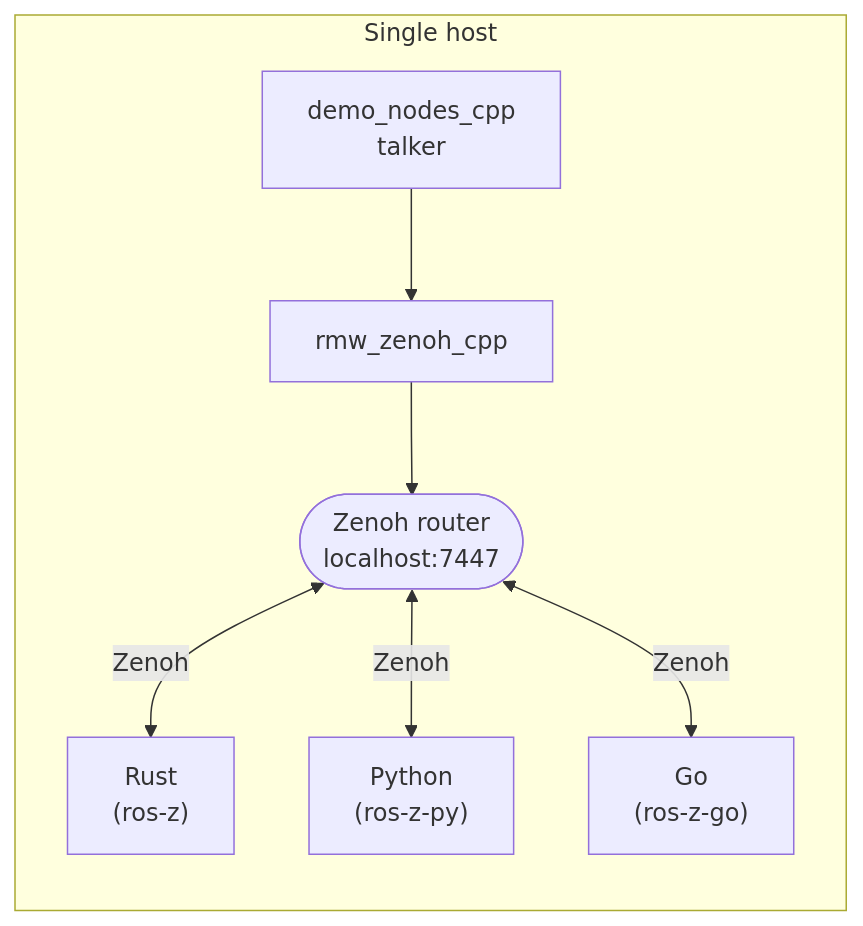
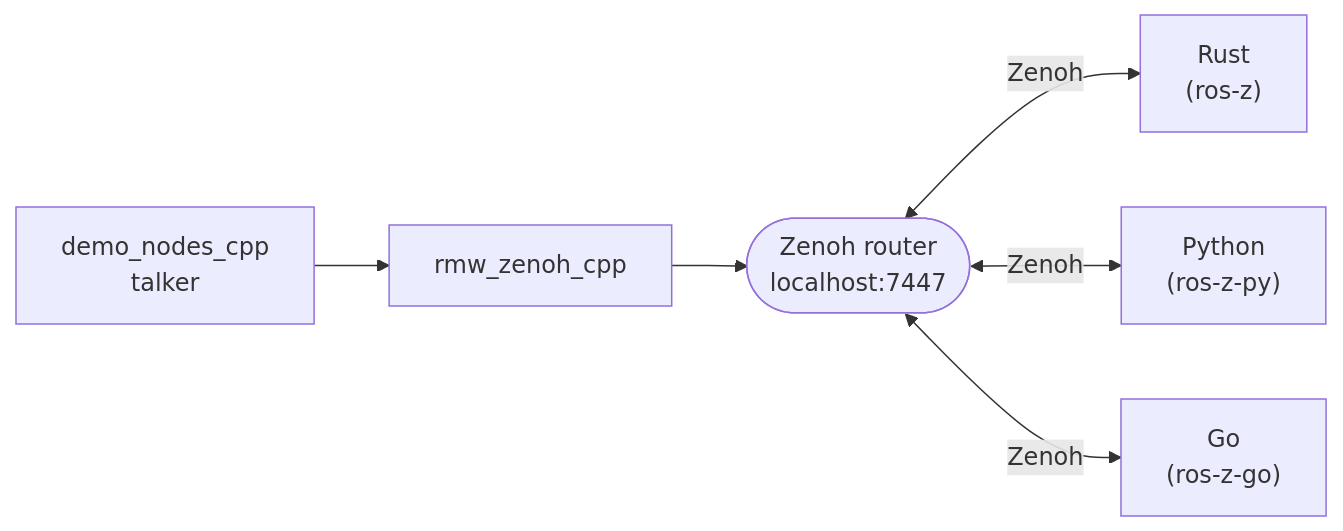
One commit to ZettaScaleLabs/ros-z changed the diagram in book/src/chapters/interop.md. Above: the diagram before and after it, drawn with Mermaid. The commit also changed other lines of this file, not shown here.

Commit message:
docs(interop): simplify to single-host scenario only, drop two-host section

````diff
--- a/book/src/chapters/interop.md
+++ b/book/src/chapters/interop.md
@@ -21,9 +14,7 @@
 ```mermaid
 graph LR
-    subgraph host ["Single host"]
-        talker["demo_nodes_cpp<br>talker"] --> rmw["rmw_zenoh_cpp"] --> router(["Zenoh router<br>localhost:7447"])
-        router <-->|Zenoh| rust["Rust<br>(ros-z)"]
-        router <-->|Zenoh| python["Python<br>(ros-z-py)"]
-        router <-->|Zenoh| go["Go<br>(ros-z-go)"]
-    end
+    talker["demo_nodes_cpp<br>talker"] --> rmw["rmw_zenoh_cpp"] --> router(["Zenoh router<br>localhost:7447"])
+    router <-->|Zenoh| rust["Rust<br>(ros-z)"]
+    router <-->|Zenoh| python["Python<br>(ros-z-py)"]
+    router <-->|Zenoh| go["Go<br>(ros-z-go)"]
 ```
````
